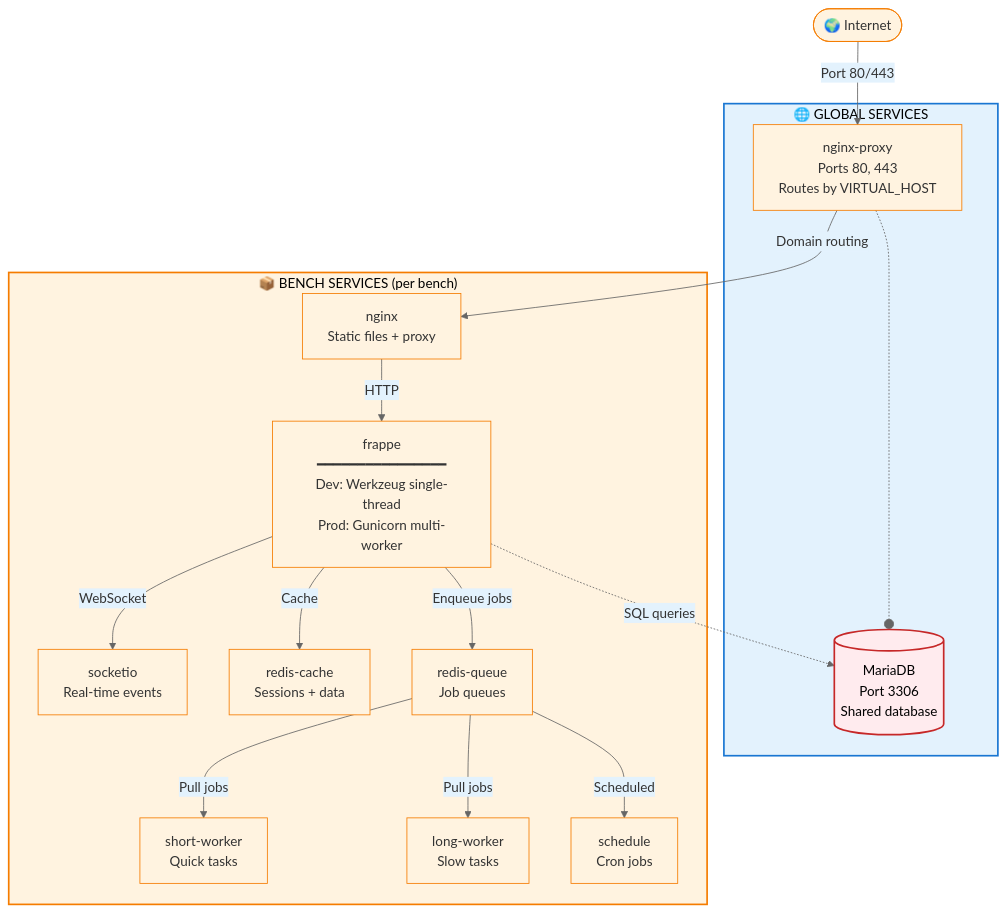
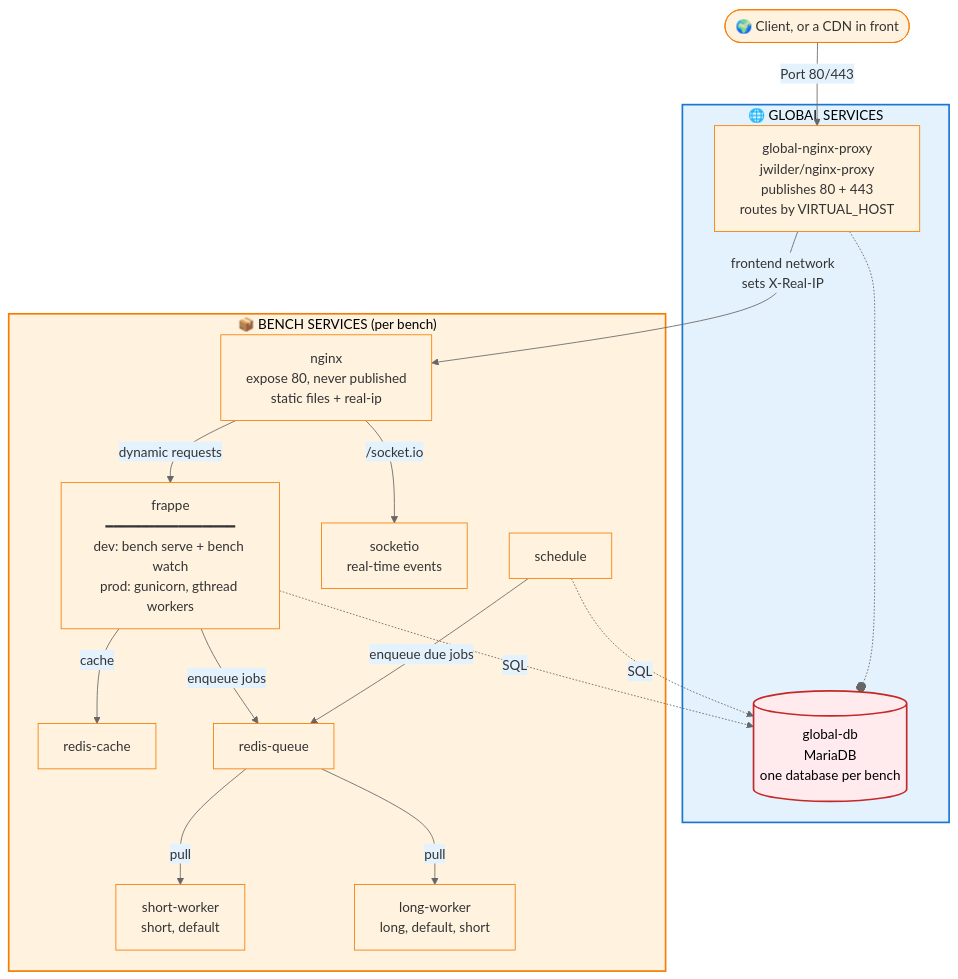
Before and after one commit to rtCamp/Frappe-Manager: the diagram in docs/reference/architecture.md, drawn with Mermaid. The commit also changed other lines of this file and 34 other files, not shown here.

````diff
--- a/docs/reference/architecture.md
+++ b/docs/reference/architecture.md
@@ -26,34 +26,35 @@
 ```mermaid
 %%{init: {'theme':'base', 'themeVariables': { 'primaryColor':'#fff3e0','primaryTextColor':'#333','primaryBorderColor':'#f57c00','lineColor':'#666','secondaryColor':'#e3f2fd','tertiaryColor':'#ffebee','fontSize':'16px'}}}%%
 flowchart TB
-    Internet([🌍 Internet])
-    Internet -->|Port 80/443| Proxy
-    
+    Edge([🌍 Client, or a CDN in front])
+    Edge -->|Port 80/443| Proxy
+
     subgraph global[" 🌐 GLOBAL SERVICES "]
-        Proxy[nginx-proxy<br/>Ports 80, 443<br/>Routes by VIRTUAL_HOST] -..-o DB[(MariaDB<br/>Port 3306<br/>Shared database)]
+        Proxy[global-nginx-proxy<br/>jwilder/nginx-proxy<br/>publishes 80 + 443<br/>routes by VIRTUAL_HOST] -..-o DB[(global-db<br/>MariaDB<br/>one database per bench)]
     end
-    
-    Proxy -->|Domain routing| BN
-    
+
+    Proxy -->|frontend network<br/>sets X-Real-IP| BN
+
     subgraph bench[" 📦 BENCH SERVICES (per bench) "]
-        BN[nginx<br/>Static files + proxy]
-        BN -->|HTTP| BF
-        BF[frappe<br/>━━━━━━━━━━━━━━━━<br/>Dev: Werkzeug single-thread<br/>Prod: Gunicorn multi-worker]
-        BF -->|WebSocket| BS[socketio<br/>Real-time events]
-        BF -->|Cache| RC[redis-cache<br/>Sessions + data]
-        BF -->|Enqueue jobs| RQ[redis-queue<br/>Job queues]
-        RQ -->|Pull jobs| W1[short-worker<br/>Quick tasks]
-        RQ -->|Pull jobs| W2[long-worker<br/>Slow tasks]
-        RQ -->|Scheduled| W3[schedule<br/>Cron jobs]
+        BN[nginx<br/>expose 80, never published<br/>static files + real-ip]
+        BN -->|dynamic requests| BF
+        BN -->|/socket.io| BS[socketio<br/>real-time events]
+        BF[frappe<br/>━━━━━━━━━━━━━━━━<br/>dev: bench serve + bench watch<br/>prod: gunicorn, gthread workers]
+        BF -->|cache| RC[redis-cache]
+        BF -->|enqueue jobs| RQ[redis-queue]
+        SCH[schedule] -->|enqueue due jobs| RQ
+        RQ -->|pull| W1[short-worker<br/>short, default]
+        RQ -->|pull| W2[long-worker<br/>long, default, short]
     end
-    
-    BF -.->|SQL queries| DB
-    
+
+    BF -.->|SQL| DB
+    SCH -.->|SQL| DB
+
     classDef globalStyle fill:#e3f2fd,stroke:#1976d2,stroke-width:2px,color:#000
     classDef benchStyle fill:#fff3e0,stroke:#f57c00,stroke-width:2px,color:#000
     classDef dbStyle fill:#ffebee,stroke:#c62828,stroke-width:2px,color:#000
-    
+
     class global globalStyle
     class bench benchStyle
     class DB dbStyle
 ```
````
